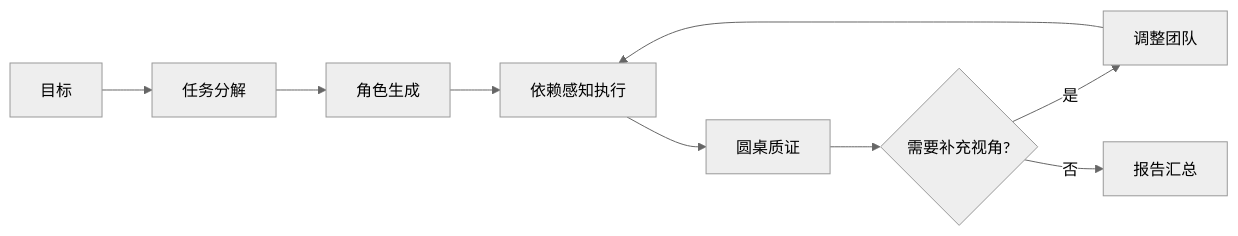
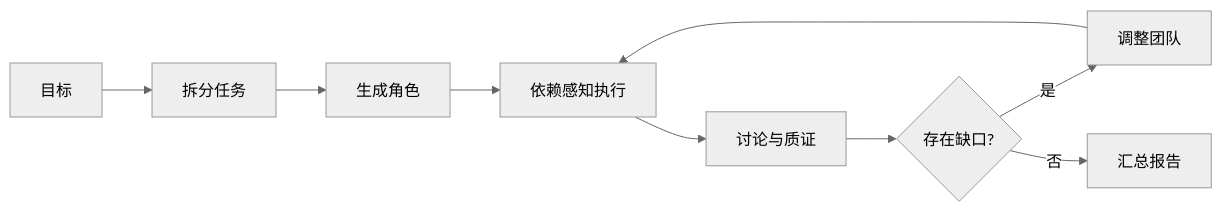
The diagram in README.md (luxiaoyu0731/genesis-hive), drawn with Mermaid (neutral theme) before and after one commit. The commit also changed other lines of this file and 2 other files, not shown here.

````diff
--- a/README.md
+++ b/README.md
@@ -23,11 +11,11 @@
 ```mermaid
 flowchart LR
-  A[目标] --> B[任务分解]
-  B --> C[角色生成]
+  A[目标] --> B[拆分任务]
+  B --> C[生成角色]
   C --> D[依赖感知执行]
-  D --> E[圆桌质证]
-  E --> F{需要补充视角?}
+  D --> E[讨论与质证]
+  E --> F{存在缺口?}
   F -->|是| G[调整团队]
   G --> D
-  F -->|否| H[报告汇总]
+  F -->|否| H[汇总报告]
 ```
````
